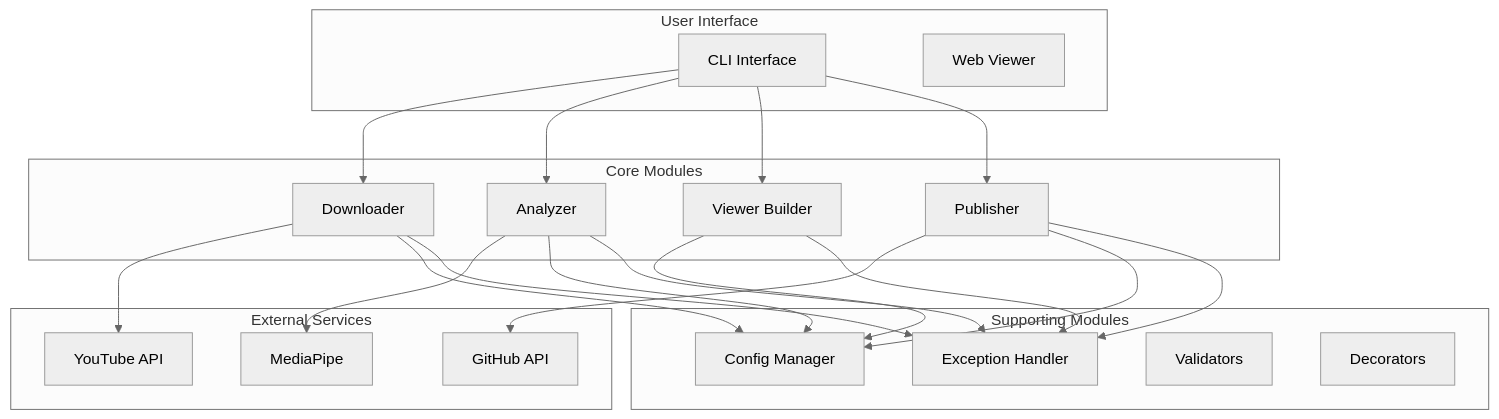
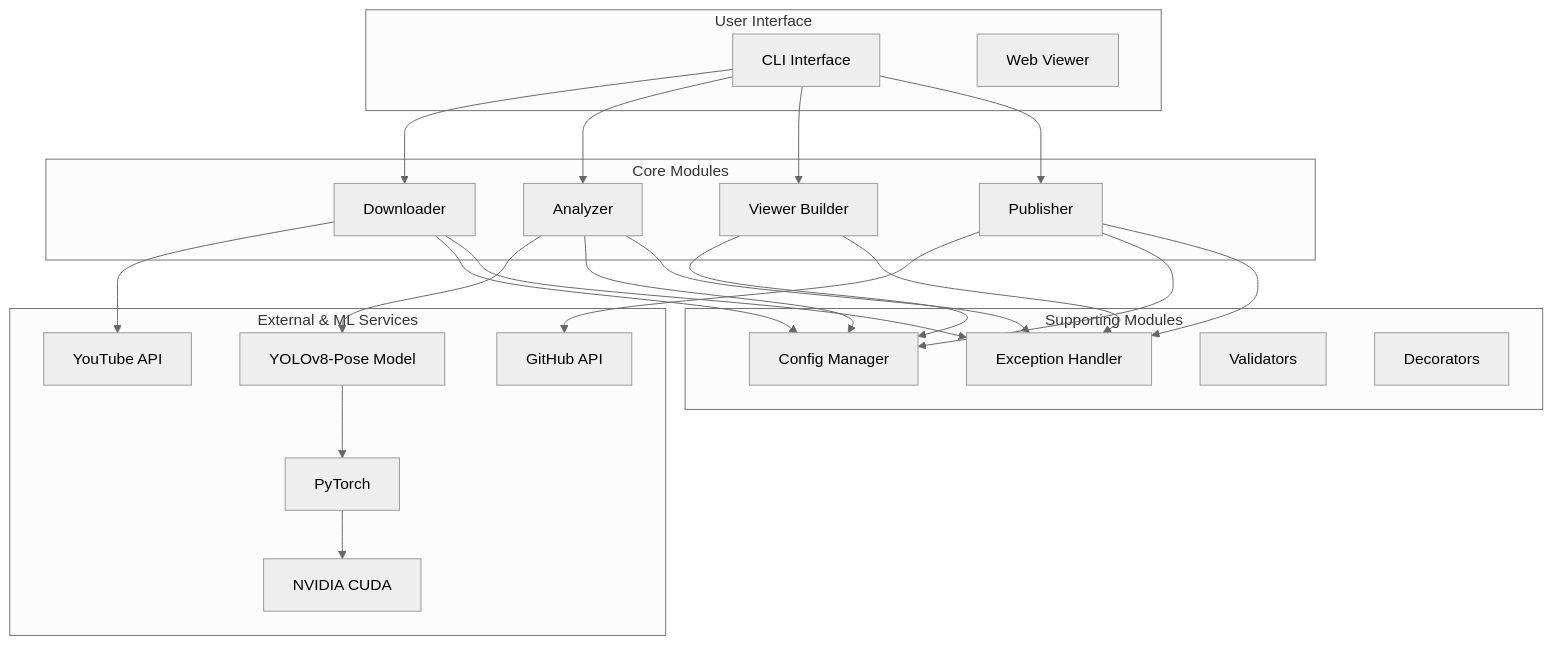
Before and after one commit to DreamLab-AI/flowstate: the diagram in docs/ARCHITECTURE.md, drawn with Mermaid (neutral theme). The commit also changed other lines of this file and 6 other files, not shown here.

````diff
--- a/docs/ARCHITECTURE.md
+++ b/docs/ARCHITECTURE.md
@@ -9,46 +11,50 @@
 ```mermaid
 graph TB
     subgraph "User Interface"
         CLI[CLI Interface]
         WEB[Web Viewer]
     end
-    
+
     subgraph "Core Modules"
         DL[Downloader]
         AN[Analyzer]
         VB[Viewer Builder]
         PB[Publisher]
     end
-    
+
     subgraph "Supporting Modules"
         CFG[Config Manager]
         EXC[Exception Handler]
         VAL[Validators]
         DEC[Decorators]
     end
-    
-    subgraph "External Services"
+
+    subgraph "External & ML Services"
         YT[YouTube API]
         GH[GitHub API]
-        MP[MediaPipe]
+        YOLO[YOLOv8-Pose Model]
+        PT[PyTorch]
+        CUDA[NVIDIA CUDA]
     end
-    
+
     CLI --> DL
     CLI --> AN
     CLI --> VB
     CLI --> PB
-    
+
     DL --> YT
-    AN --> MP
+    AN --> YOLO
+    YOLO --> PT
+    PT --> CUDA
     PB --> GH
-    
+
     DL --> CFG
     AN --> CFG
     VB --> CFG
     PB --> CFG
-    
+
     DL --> EXC
     AN --> EXC
     VB --> EXC
     PB --> EXC
 ```
````
